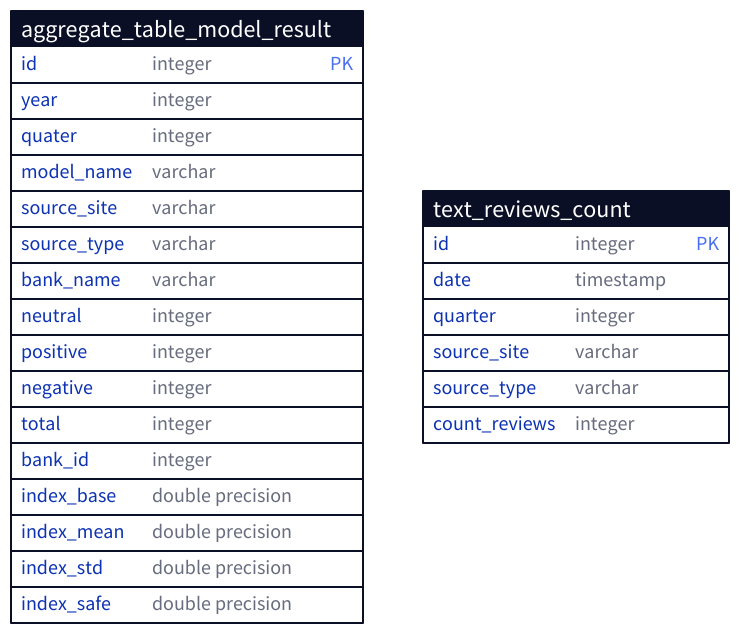
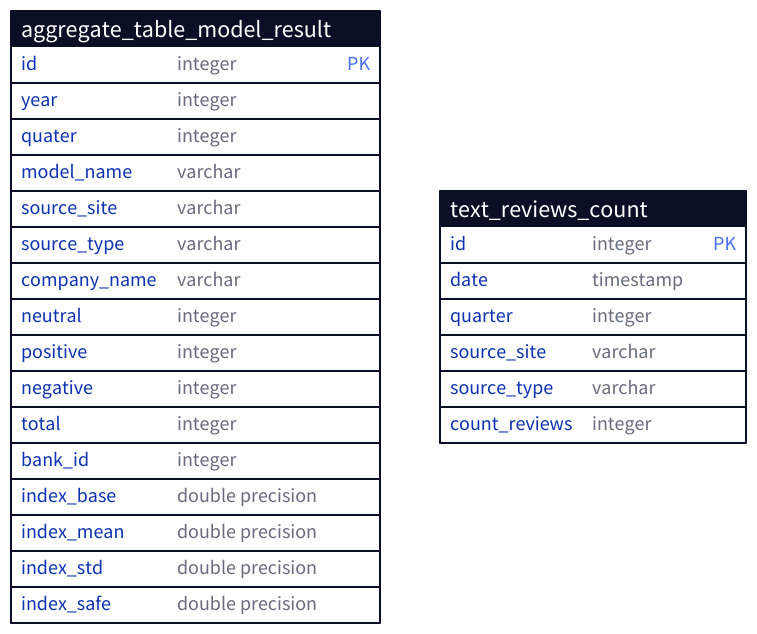
The fifth of 10 diagrams in docs/vkr.org (dudin-george/ESG_analysis), drawn with D2 before and after one commit. The commit also changed other lines of this file and 10 other files, not shown here.

```diff
--- a/docs/vkr.org
+++ b/docs/vkr.org
@@ -1137,41 +1191,41 @@
 #+begin_src d2 :exports results :file img/d2/views_database.png
 aggregate_table_model_result: {
   shape: sql_table
 
   id: integer {constraint: primary_key}
   year: integer
   quater: integer
   model_name: varchar
   source_site: varchar
   source_type: varchar
-  bank_name: varchar
+  company_name: varchar
   neutral: integer
   positive: integer
   negative: integer
   total: integer
   bank_id: integer
   index_base: double precision
   index_mean: double precision
   index_std: double precision
   index_safe: double precision
   # index_base_10_percentile: double precision
   # index_base_90_percentile: double precision
   # index_mean_10_percentile: double precision
   # index_mean_90_percentile: double precision
   # index_std_10_percentile: double precision
   # index_std_90_percentile: double precision
   # index_safe_10_percentile: double precision
   # index_safe_90_percentile: double precision
 }
 
 text_reviews_count: {
   shape: sql_table
 
   id: integer {constraint: primary_key}
   date: timestamp
   quarter: integer
   source_site: varchar
   source_type: varchar
   count_reviews: integer
 }
 #+end_src
```
